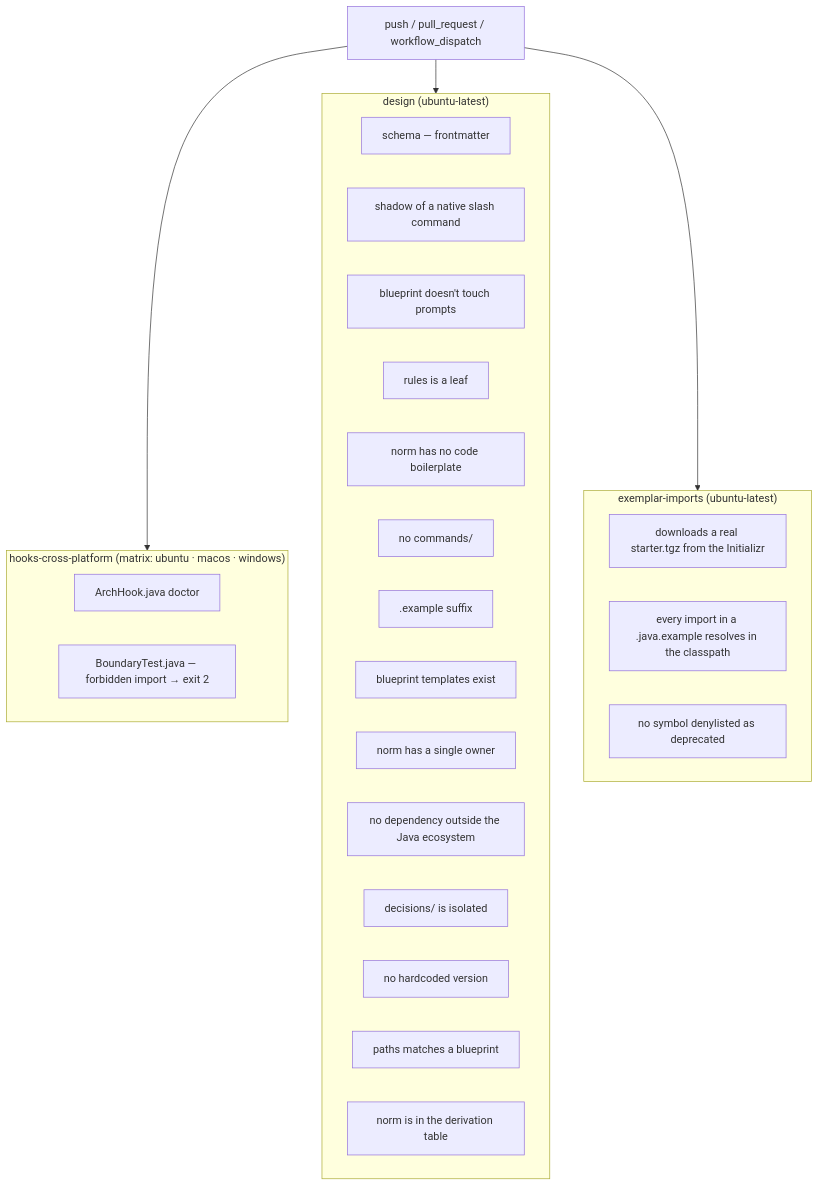
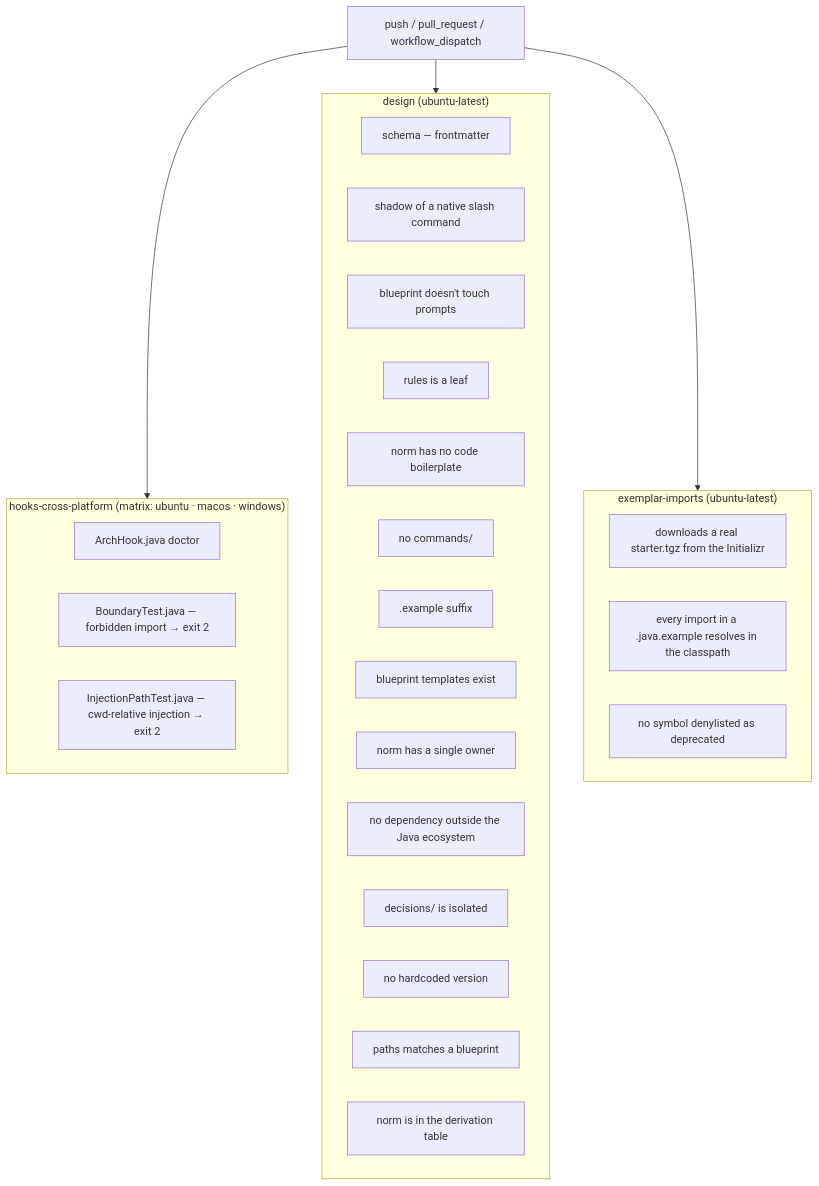
The diagram in docs/en/07-ci-validate.md (ice-lfernandes/claude-spring-architect), drawn with Mermaid before and after one commit. The commit also changed other lines of this file and 10 other files, not shown here.

First line of the commit message:
feat(hooks): block a cwd-relative injection in ArchHook schema mode

````diff
--- a/docs/en/07-ci-validate.md
+++ b/docs/en/07-ci-validate.md
@@ -17,34 +17,35 @@
 ```mermaid
 flowchart TD
     T[push / pull_request / workflow_dispatch] --> J1
     T --> J2
     T --> J3
 
     subgraph J1["hooks-cross-platform (matrix: ubuntu · macos · windows)"]
         H1[ArchHook.java doctor]
         H2[BoundaryTest.java — forbidden import → exit 2]
+        H3[InjectionPathTest.java — cwd-relative injection → exit 2]
     end
 
     subgraph J2["design (ubuntu-latest)"]
         D1[schema — frontmatter]
         D3[shadow of a native slash command]
         D4[blueprint doesn't touch prompts]
         D5[rules is a leaf]
         D6[norm has no code boilerplate]
         D7[no commands/]
         D8[.example suffix]
         D9[blueprint templates exist]
         D10[norm has a single owner]
         D11[no dependency outside the Java ecosystem]
         D12[decisions/ is isolated]
         D13[no hardcoded version]
         D14[paths matches a blueprint]
         D15[norm is in the derivation table]
     end
 
     subgraph J3["exemplar-imports (ubuntu-latest)"]
         E1[downloads a real starter.tgz from the Initializr]
         E2[every import in a .java.example resolves in the classpath]
         E3[no symbol denylisted as deprecated]
     end
 ```
````
